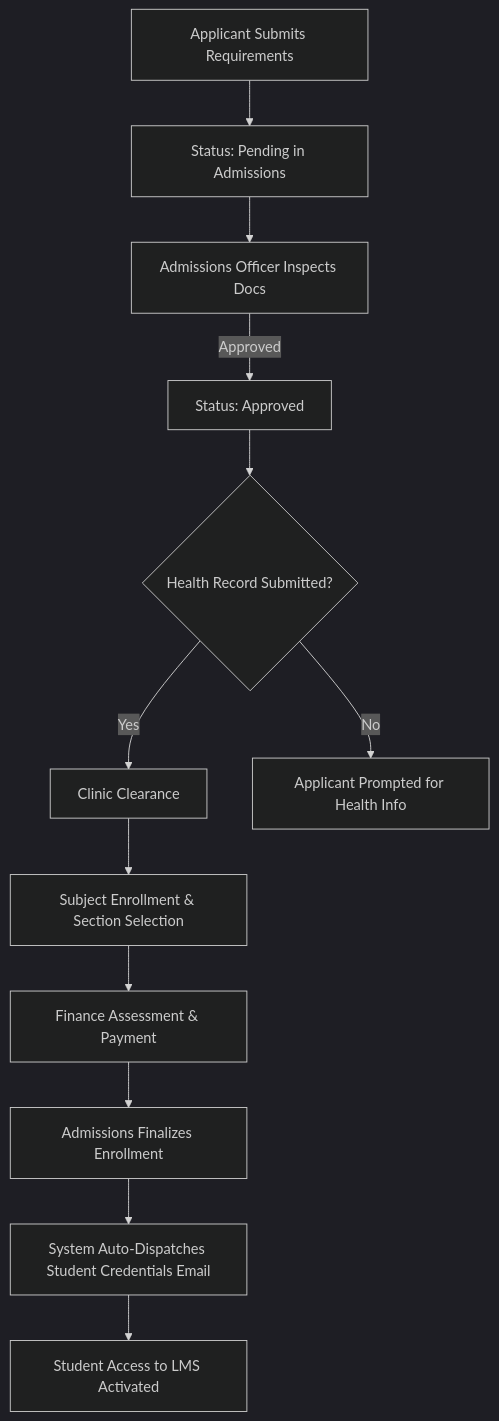
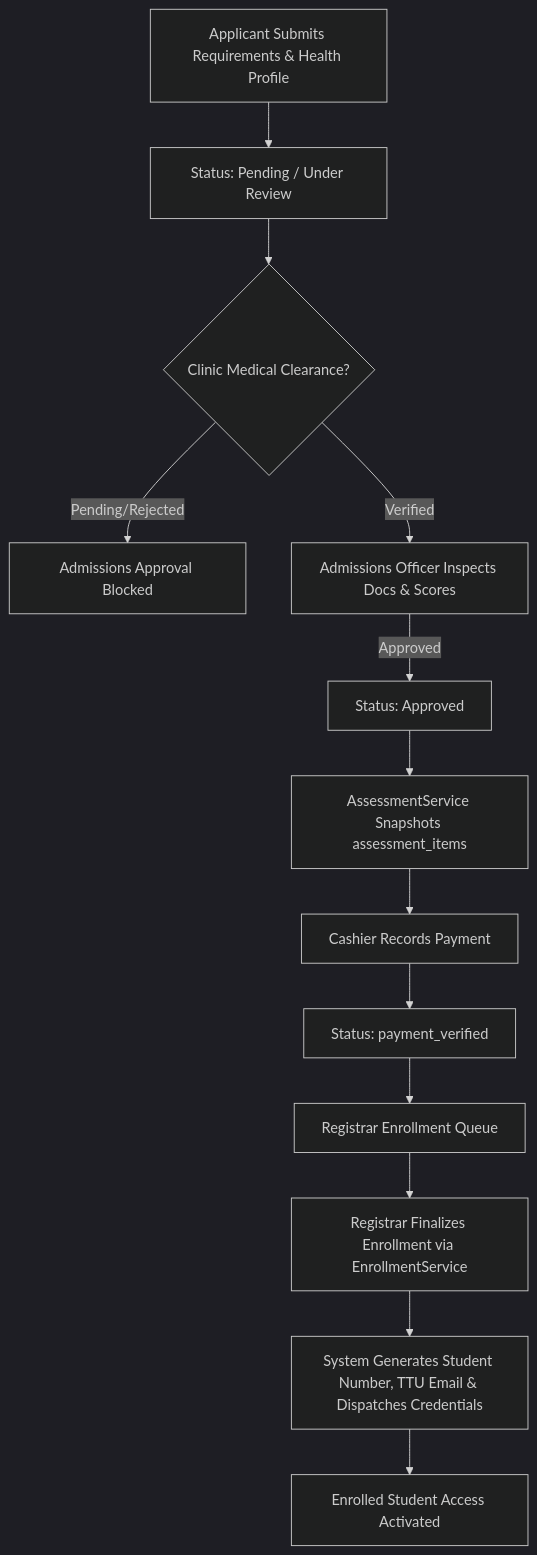
One commit to enujdanielle6-web/TTU_enrollment_system changed the diagram in docs/obsidian/02 - Modules/Admissions.md. Above: the diagram before and after it, drawn with Mermaid (dark theme). The commit also changed other lines of this file and 93 other files, not shown here.

````diff
--- a/docs/obsidian/02 - Modules/Admissions.md
+++ b/docs/obsidian/02 - Modules/Admissions.md
@@ -42,14 +44,15 @@
 ```mermaid
 flowchart TD
-    Applicant[Applicant Submits Requirements] --> Pending[Status: Pending in Admissions]
-    Pending --> AdminReview[Admissions Officer Inspects Docs]
+    Applicant[Applicant Submits Requirements & Health Profile] --> Pending[Status: Pending / Under Review]
+    Pending --> ClinicCheck{Clinic Medical Clearance?}
+    ClinicCheck -->|Pending/Rejected| Hold[Admissions Approval Blocked]
+    ClinicCheck -->|Verified| AdminReview[Admissions Officer Inspects Docs & Scores]
     AdminReview -->|Approved| Approved[Status: Approved]
-    Approved --> HealthGate{Health Record Submitted?}
-    HealthGate -->|Yes| ClinicReview[Clinic Clearance]
-    HealthGate -->|No| ForceHealth[Applicant Prompted for Health Info]
-    ClinicReview --> Enrollment[Subject Enrollment & Section Selection]
-    Enrollment --> Assessment[Finance Assessment & Payment]
-    Assessment --> Finalize[Admissions Finalizes Enrollment]
-    Finalize --> Creds[System Auto-Dispatches Student Credentials Email]
-    Creds --> LMS[Student Access to LMS Activated]
+    Approved --> Assessment[AssessmentService Snapshots assessment_items]
+    Assessment --> Cashier[Cashier Records Payment]
+    Cashier --> Paid[Status: payment_verified]
+    Paid --> RegistrarQueue[Registrar Enrollment Queue]
+    RegistrarQueue --> Finalize[Registrar Finalizes Enrollment via EnrollmentService]
+    Finalize --> Creds[System Generates Student Number, TTU Email & Dispatches Credentials]
+    Creds --> LMS[Enrolled Student Access Activated]
 ```
````
